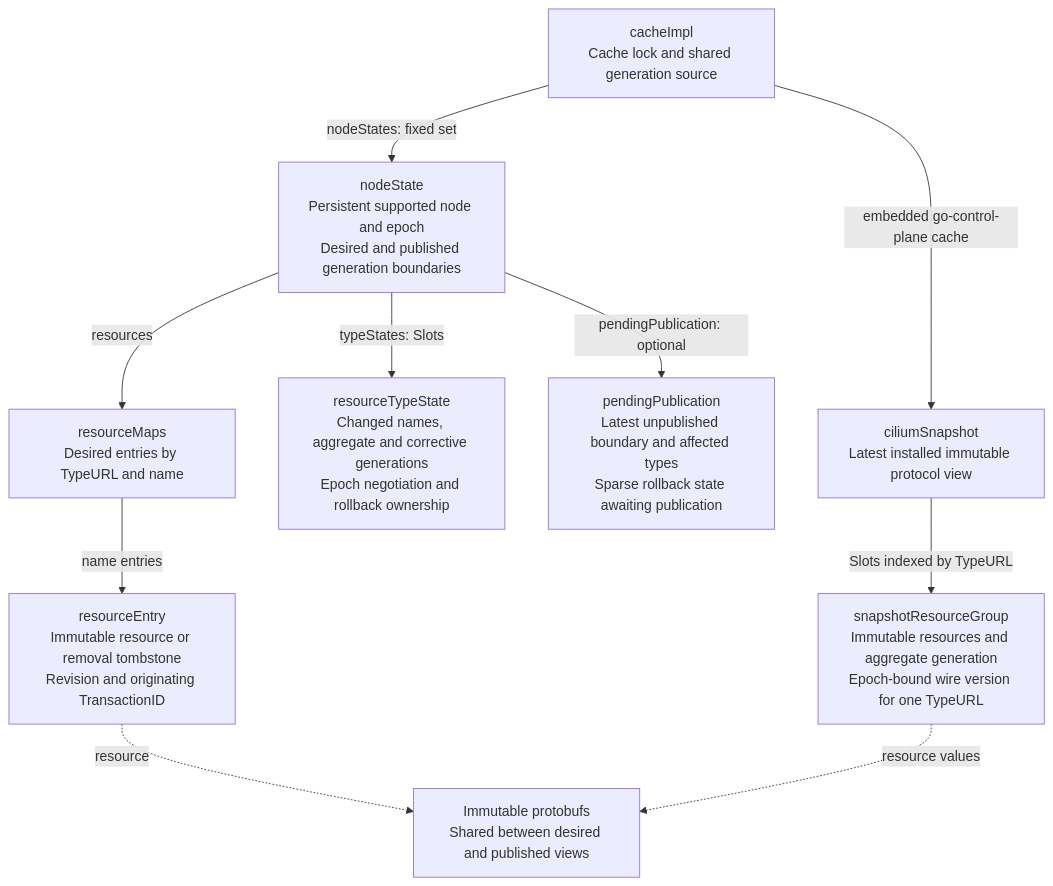
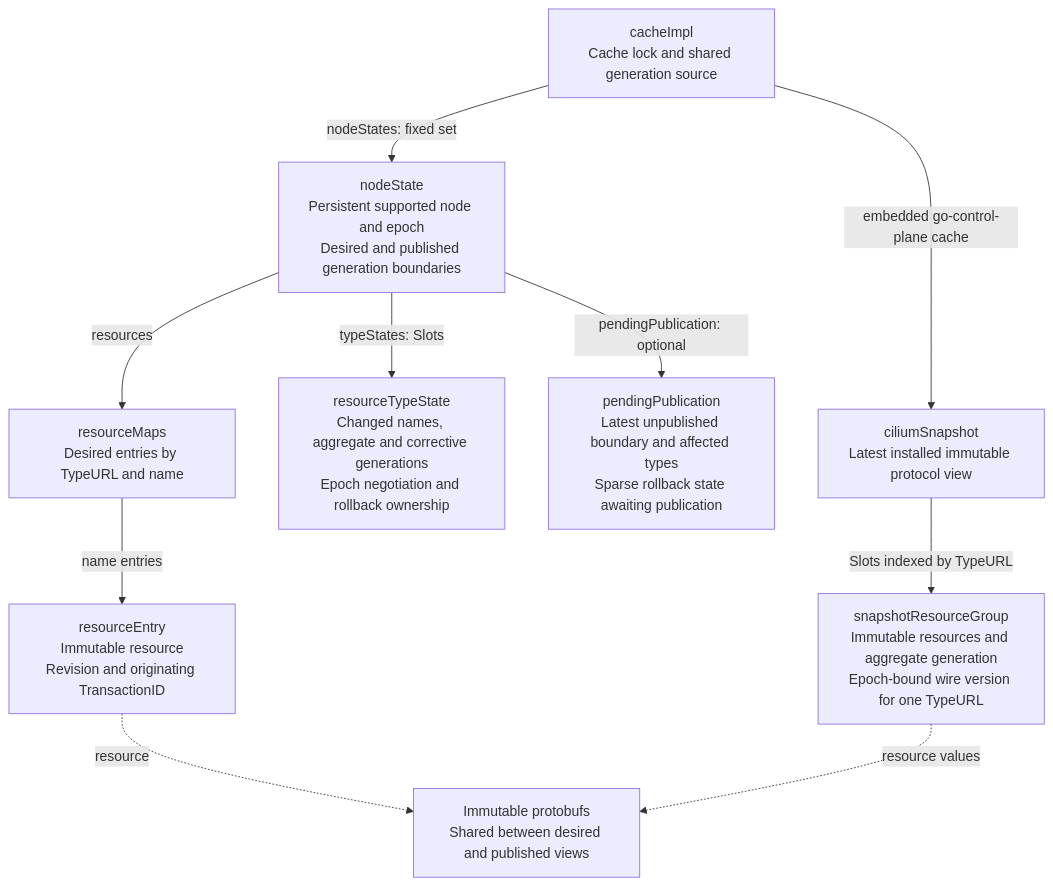
One commit to cilium/cilium changed the first of 4 diagrams in pkg/envoy/xdsnew/design.md. Above: the diagram before and after it, drawn with Mermaid. The commit also changed other lines of this file and 21 other files, not shown here.

````diff
--- a/pkg/envoy/xdsnew/design.md
+++ b/pkg/envoy/xdsnew/design.md
@@ -94,22 +99,22 @@
 ```mermaid
 flowchart TD
     cache["cacheImpl<br/>Cache lock and shared generation source"]
     node["nodeState<br/>Persistent supported node and epoch<br/>Desired and published generation boundaries"]
     desired["resourceMaps<br/>Desired entries by TypeURL and name"]
-    entry["resourceEntry<br/>Immutable resource or removal tombstone<br/>Revision and originating TransactionID"]
+    entry["resourceEntry<br/>Immutable resource<br/>Revision and originating TransactionID"]
     types["resourceTypeState<br/>Changed names, aggregate and corrective generations<br/>Epoch negotiation and rollback ownership"]
     snapshot["ciliumSnapshot<br/>Latest installed immutable protocol view"]
     group["snapshotResourceGroup<br/>Immutable resources and aggregate generation<br/>Epoch-bound wire version for one TypeURL"]
     protobuf["Immutable protobufs<br/>Shared between desired and published views"]
     pending["pendingPublication<br/>Latest unpublished boundary and affected types<br/>Sparse rollback state awaiting publication"]
 
     cache -->|nodeStates: fixed set| node
     cache -->|embedded go-control-plane cache| snapshot
     node -->|resources| desired
     desired -->|name entries| entry
     node -->|typeStates: Slots| types
     node -->|pendingPublication: optional| pending
     snapshot -->|Slots indexed by TypeURL| group
     entry -.->|resource| protobuf
     group -.->|resource values| protobuf
 ```
````
